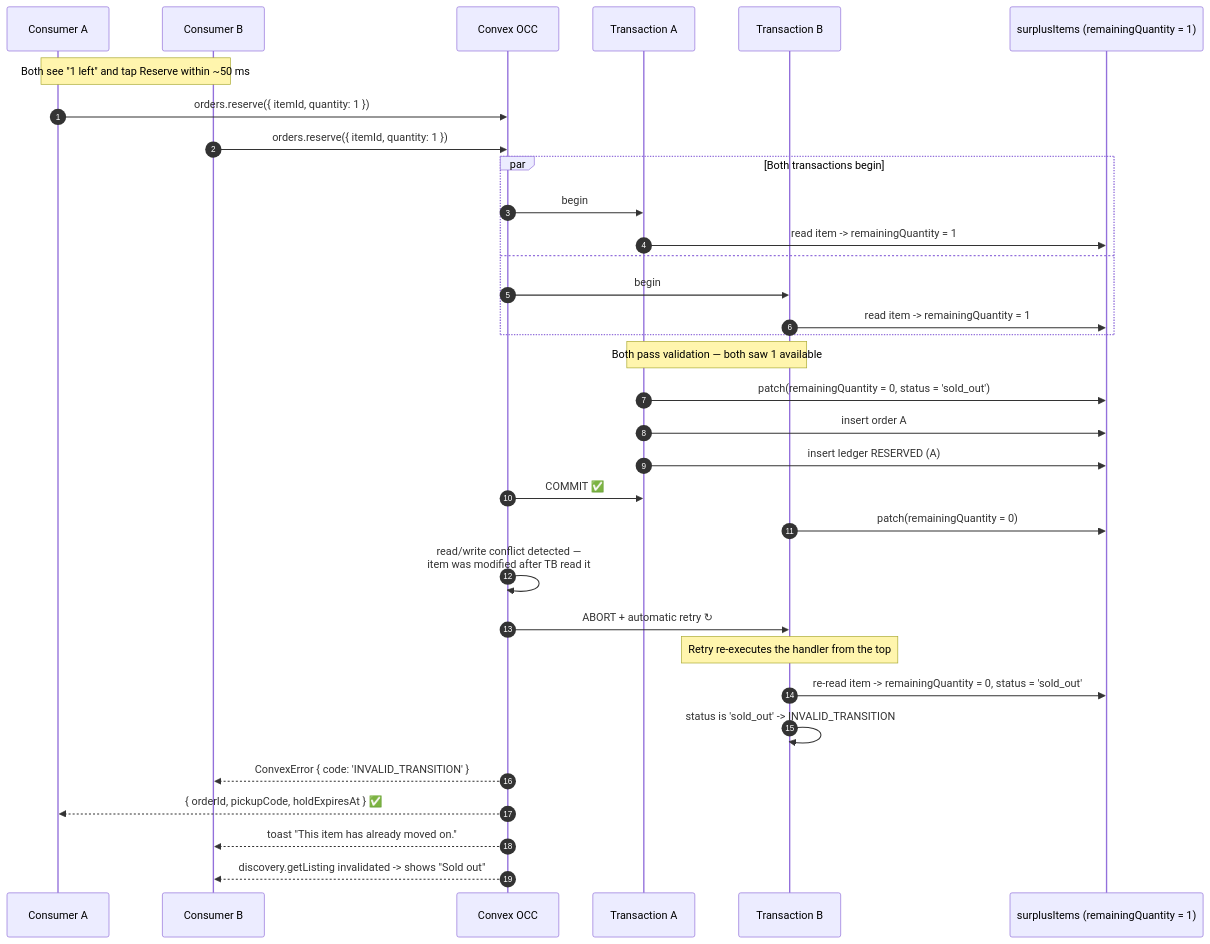
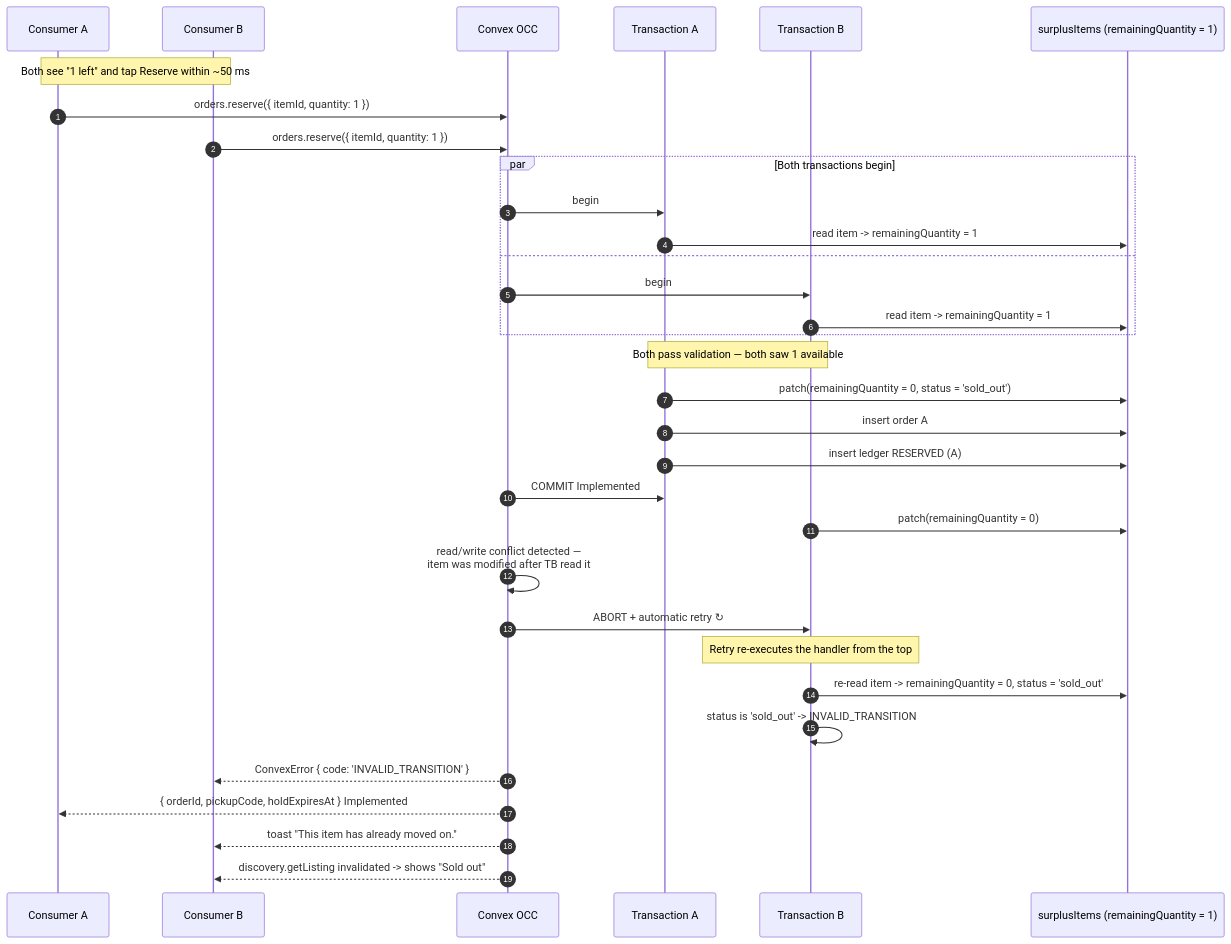
Before and after one commit to 201dev/cirquo: the first of 2 diagrams in docs/api/API_CONSUMER.md, drawn with Mermaid. The commit also changed other lines of this file and 56 other files, not shown here.

````diff
--- a/docs/api/API_CONSUMER.md
+++ b/docs/api/API_CONSUMER.md
@@ -642,44 +642,44 @@
 ```mermaid
 sequenceDiagram
     autonumber
     participant A as Consumer A
     participant B as Consumer B
     participant CX as Convex OCC
     participant TA as Transaction A
     participant TB as Transaction B
     participant DB as surplusItems (remainingQuantity = 1)
 
     Note over A,B: Both see "1 left" and tap Reserve within ~50 ms
 
     A->>CX: orders.reserve({ itemId, quantity: 1 })
     B->>CX: orders.reserve({ itemId, quantity: 1 })
 
     par Both transactions begin
         CX->>TA: begin
         TA->>DB: read item -> remainingQuantity = 1
     and
         CX->>TB: begin
         TB->>DB: read item -> remainingQuantity = 1
     end
 
     Note over TA,TB: Both pass validation — both saw 1 available
 
     TA->>DB: patch(remainingQuantity = 0, status = 'sold_out')
     TA->>DB: insert order A
     TA->>DB: insert ledger RESERVED (A)
-    CX->>TA: COMMIT ✅
+    CX->>TA: COMMIT Implemented
 
     TB->>DB: patch(remainingQuantity = 0)
     CX->>CX: read/write conflict detected —<br/>item was modified after TB read it
     CX->>TB: ABORT + automatic retry ↻
 
     Note over TB: Retry re-executes the handler from the top
 
     TB->>DB: re-read item -> remainingQuantity = 0, status = 'sold_out'
     TB->>TB: status is 'sold_out' -> INVALID_TRANSITION
     CX-->>B: ConvexError { code: 'INVALID_TRANSITION' }
 
-    CX-->>A: { orderId, pickupCode, holdExpiresAt } ✅
+    CX-->>A: { orderId, pickupCode, holdExpiresAt } Implemented
     CX-->>B: toast "This item has already moved on."
     CX-->>B: discovery.getListing invalidated -> shows "Sold out"
 ```
````
